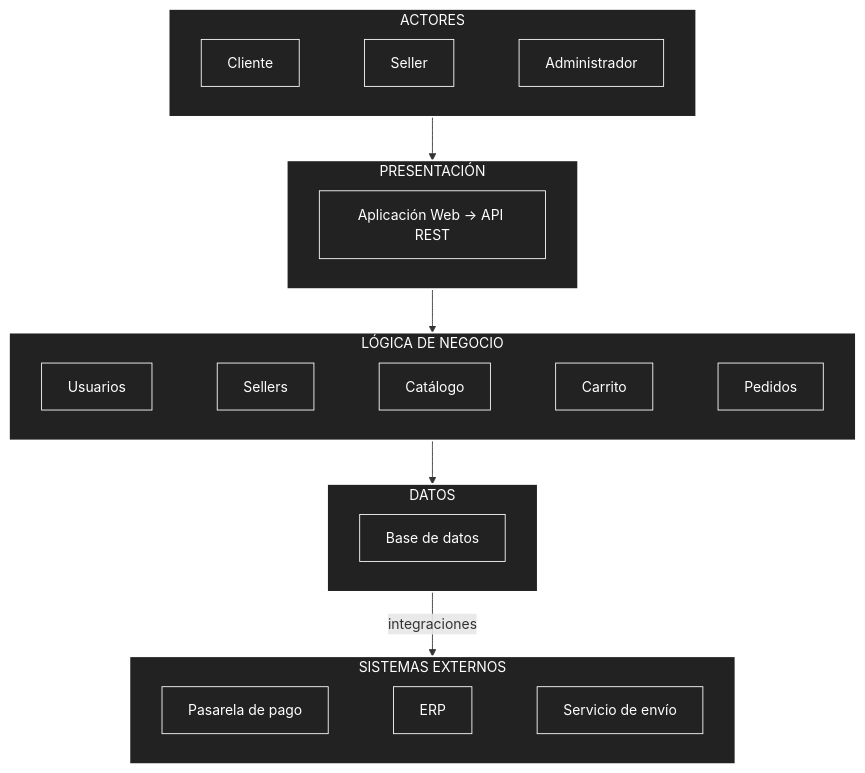
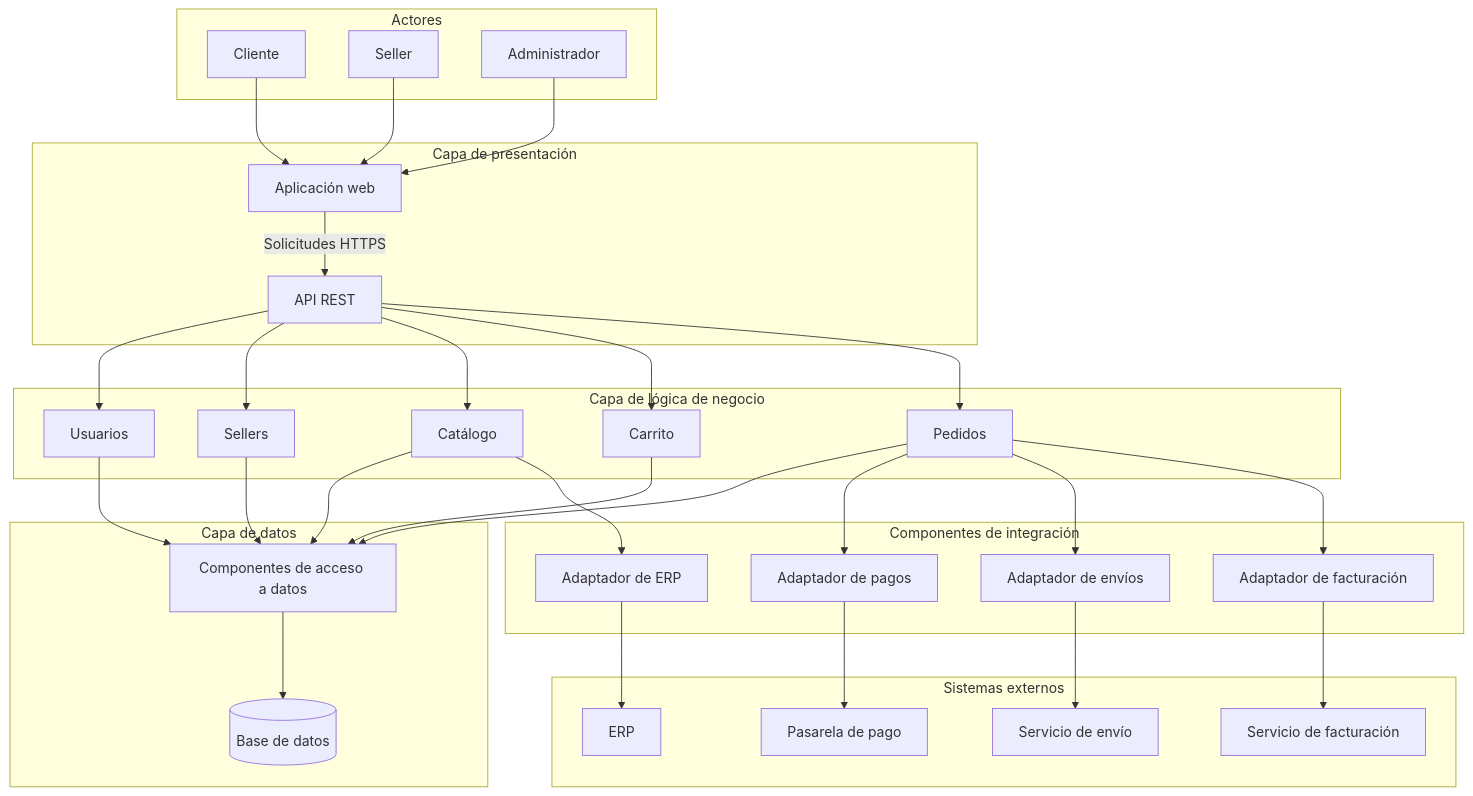
One commit to SebastianCH27/marketplace-arq-software changed the diagram in arquitectura/arquitectura-inicial.md. Above: the diagram before and after it, drawn with Mermaid.

Commit message:
docs(lab02): aclarar integraciones en el diagrama de arquitectura

````diff
--- a/arquitectura/arquitectura-inicial.md
+++ b/arquitectura/arquitectura-inicial.md
@@ -37,71 +37,68 @@
 ```mermaid
-flowchart TD
-
-    subgraph ACTORES["ACTORES"]
+flowchart TB
+    subgraph ACTORES["Actores"]
         Cliente["Cliente"]
         Seller["Seller"]
         Admin["Administrador"]
     end
 
-    subgraph PRESENTACION["PRESENTACIÓN"]
-        Web["Aplicación Web → API REST"]
+    subgraph PRESENTACION["Capa de presentación"]
+        Web["Aplicación web"]
+        API["API REST"]
+        Web -->|"Solicitudes HTTPS"| API
     end
 
-    subgraph NEGOCIO["LÓGICA DE NEGOCIO"]
+    subgraph NEGOCIO["Capa de lógica de negocio"]
         Usuarios["Usuarios"]
         Sellers["Sellers"]
         Catalogo["Catálogo"]
         Carrito["Carrito"]
         Pedidos["Pedidos"]
     end
 
-    subgraph DATOS["DATOS"]
-        BD["Base de datos"]
+    subgraph DATOS["Capa de datos"]
+        Acceso["Componentes de acceso a datos"]
+        BD[("Base de datos")]
+        Acceso --> BD
     end
 
-    subgraph EXTERNOS["SISTEMAS EXTERNOS"]
-        Pago["Pasarela de pago"]
-        ERP["ERP"]
-        Envio["Servicio de envío"]
+    subgraph INTEGRACION["Componentes de integración"]
+        AdaptPago["Adaptador de pagos"]
+        AdaptEnvio["Adaptador de envíos"]
+        AdaptFactura["Adaptador de facturación"]
+        AdaptERP["Adaptador de ERP"]
     end
 
-    ACTORES --> PRESENTACION
-    PRESENTACION --> NEGOCIO
-    NEGOCIO --> DATOS
-    DATOS -->|"integraciones"| EXTERNOS
+    subgraph EXTERNOS["Sistemas externos"]
+        Pago["Pasarela de pago"]
+        Envio["Servicio de envío"]
+        Factura["Servicio de facturación"]
+        ERP["ERP"]
+    end
 
-    Cliente ~~~ Seller
-    Seller ~~~ Admin
+    Cliente --> Web
+    Seller --> Web
+    Admin --> Web
 
-    Usuarios ~~~ Sellers
-    Sellers ~~~ Catalogo
-    Catalogo ~~~ Carrito
-    Carrito ~~~ Pedidos
+    API --> Usuarios
+    API --> Sellers
+    API --> Catalogo
+    API --> Carrito
+    API --> Pedidos
 
-    Pago ~~~ ERP
-    ERP ~~~ Envio
+    Usuarios --> Acceso
+    Sellers --> Acceso
+    Catalogo --> Acceso
+    Carrito --> Acceso
+    Pedidos --> Acceso
 
-    style ACTORES fill:#222,stroke:#fff,stroke-width:2px,color:#fff
-    style PRESENTACION fill:#222,stroke:#fff,stroke-width:2px,color:#fff
-    style NEGOCIO fill:#222,stroke:#fff,stroke-width:2px,color:#fff
-    style DATOS fill:#222,stroke:#fff,stroke-width:2px,color:#fff
-    style EXTERNOS fill:#222,stroke:#fff,stroke-width:2px,color:#fff
+    Pedidos --> AdaptPago
+    Pedidos --> AdaptEnvio
+    Pedidos --> AdaptFactura
+    Catalogo --> AdaptERP
 
-    style Cliente fill:#222,stroke:#fff,color:#fff
-    style Seller fill:#222,stroke:#fff,color:#fff
-    style Admin fill:#222,stroke:#fff,color:#fff
-
-    style Web fill:#222,stroke:#fff,color:#fff
-
-    style Usuarios fill:#222,stroke:#fff,color:#fff
-    style Sellers fill:#222,stroke:#fff,color:#fff
-    style Catalogo fill:#222,stroke:#fff,color:#fff
-    style Carrito fill:#222,stroke:#fff,color:#fff
-    style Pedidos fill:#222,stroke:#fff,color:#fff
-
-    style BD fill:#222,stroke:#fff,color:#fff
-
-    style Pago fill:#222,stroke:#fff,color:#fff
-    style ERP fill:#222,stroke:#fff,color:#fff
-    style Envio fill:#222,stroke:#fff,color:#fff
+    AdaptPago --> Pago
+    AdaptEnvio --> Envio
+    AdaptFactura --> Factura
+    AdaptERP --> ERP
 ```
````
